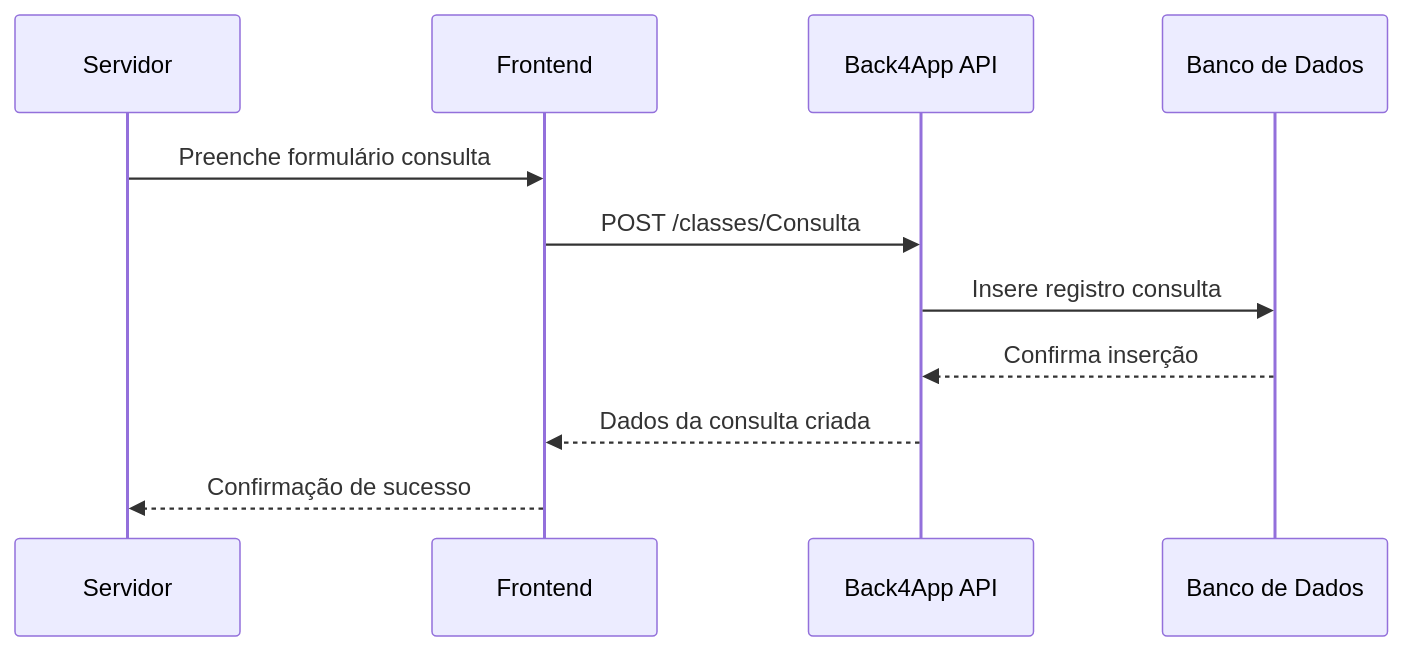
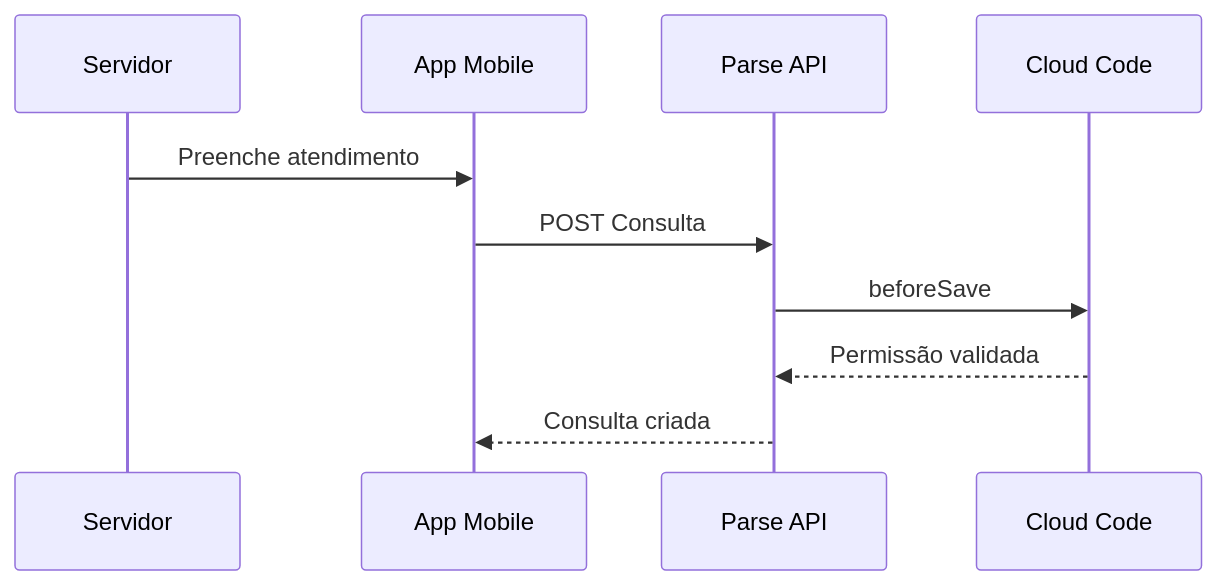
Before and after one commit to vg706/gestao-pet: the third of 4 diagrams in docs/architecture/architecture.md, drawn with Mermaid. The commit also changed other lines of this file and 16 other files, not shown here.

````diff
--- a/docs/architecture/architecture.md
+++ b/docs/architecture/architecture.md
@@ -202,14 +217,13 @@
 ```mermaid
 sequenceDiagram
     participant S as Servidor
-    participant F as Frontend
-    participant B as Back4App API
-    participant D as Banco de Dados
+    participant F as App Mobile
+    participant P as Parse API
+    participant C as Cloud Code
 
-    S->>F: Preenche formulário consulta
-    F->>B: POST /classes/Consulta
-    B->>D: Insere registro consulta
-    D-->>B: Confirma inserção
-    B-->>F: Dados da consulta criada
-    F-->>S: Confirmação de sucesso
+    S->>F: Preenche atendimento
+    F->>P: POST Consulta
+    P->>C: beforeSave
+    C-->>P: Permissão validada
+    P-->>F: Consulta criada
 ```
````
